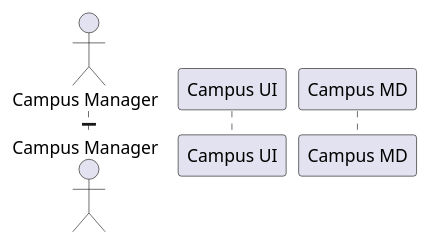
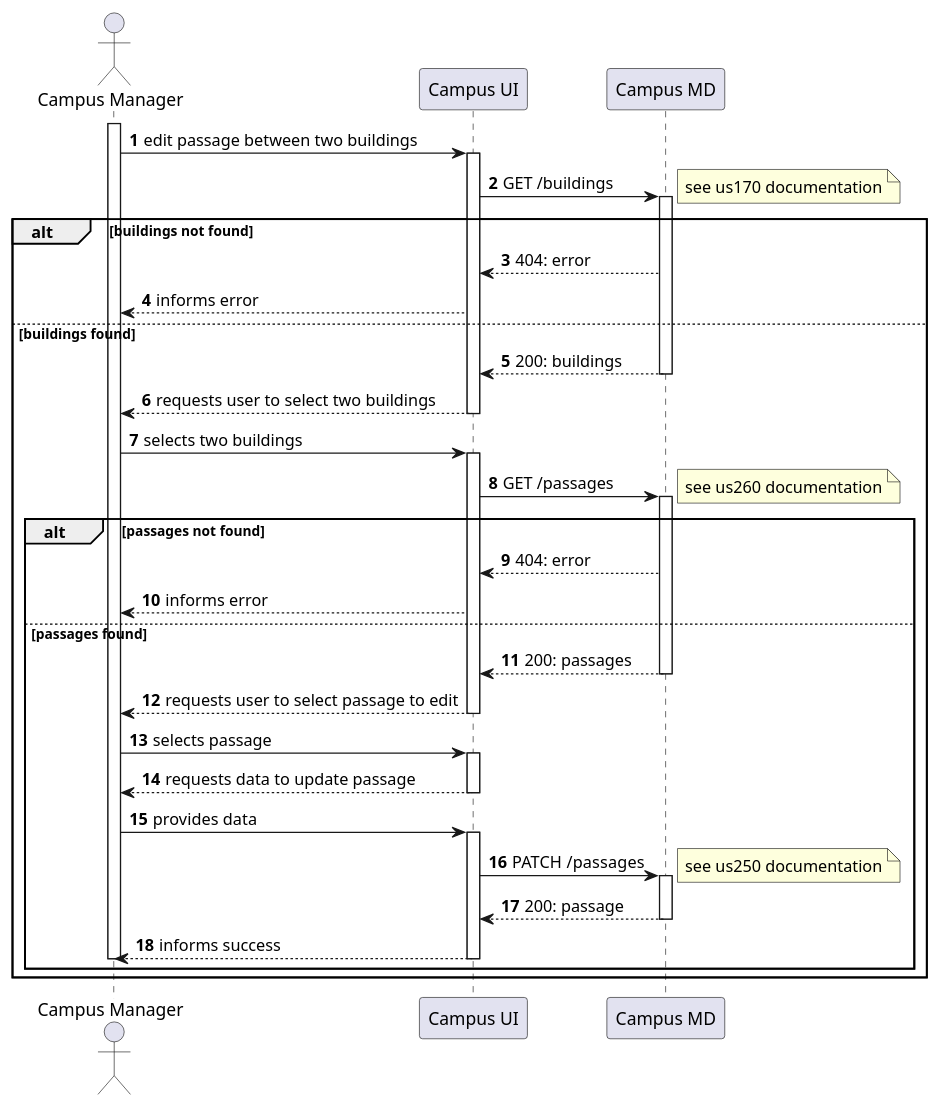
One commit to Departamento-de-Engenharia-Informatica/lapr5-23-24-g19 changed the diagram in docs/us1180/level2/process-view.puml. Above: the diagram before and after it, drawn with PlantUML. The commit also changed 5 other files, not shown here.

```diff
--- a/docs/us1180/level2/process-view.puml
+++ b/docs/us1180/level2/process-view.puml
@@ -1,23 +1,56 @@
 @startuml
 autonumber
 
 actor "Campus Manager" as usr
 
 participant "Campus UI" as ui
 participant "Campus MD" as md
 
 activate usr
-    ' TODO: investigate UI workflow
+    usr -> ui : edit passage between two buildings
+    activate ui
+        ui -> md : GET /buildings
+        note right: see us170 documentation
+        activate md
+alt buildings not found
+            md --> ui : 404: error
+            ui --> usr : informs error
+else buildings found
+            md --> ui : 200: buildings
+            deactivate md
+        ui --> usr : requests user to select two buildings
+    deactivate ui
 
-    ' usr -> ui : edit passage between two buildings
-    ' activate ui
-    '     ui --> usr : shows passages, requests one and update data
-    ' deactivate ui
+    usr -> ui : selects two buildings
+    activate ui
+        ui -> md : GET /passages
+        note right: see us260 documentation
+        activate md
+alt passages not found 
+            md --> ui : 404: error
+            ui --> usr : informs error
+else passages found
+            md --> ui : 200: passages
+            deactivate md
+        ui --> usr : requests user to select passage to edit
+    deactivate ui
 
-    ' usr -> ui : chooses passage and provides updated data
-    ' activate ui
-    '     ui --> usr : inform error/success
-    ' deactivate ui
+    usr -> ui : selects passage
+    activate ui
+        ui --> usr : requests data to update passage
+    deactivate ui
+
+    usr -> ui : provides data
+    activate ui
+        ui -> md : PATCH /passages
+        note right : see us250 documentation
+        activate md
+            md --> ui : 200: passage
+        deactivate md
+        ui --> usr : informs success
+    deactivate ui
 deactivate usr
+end
+end
 
 @enduml
```
